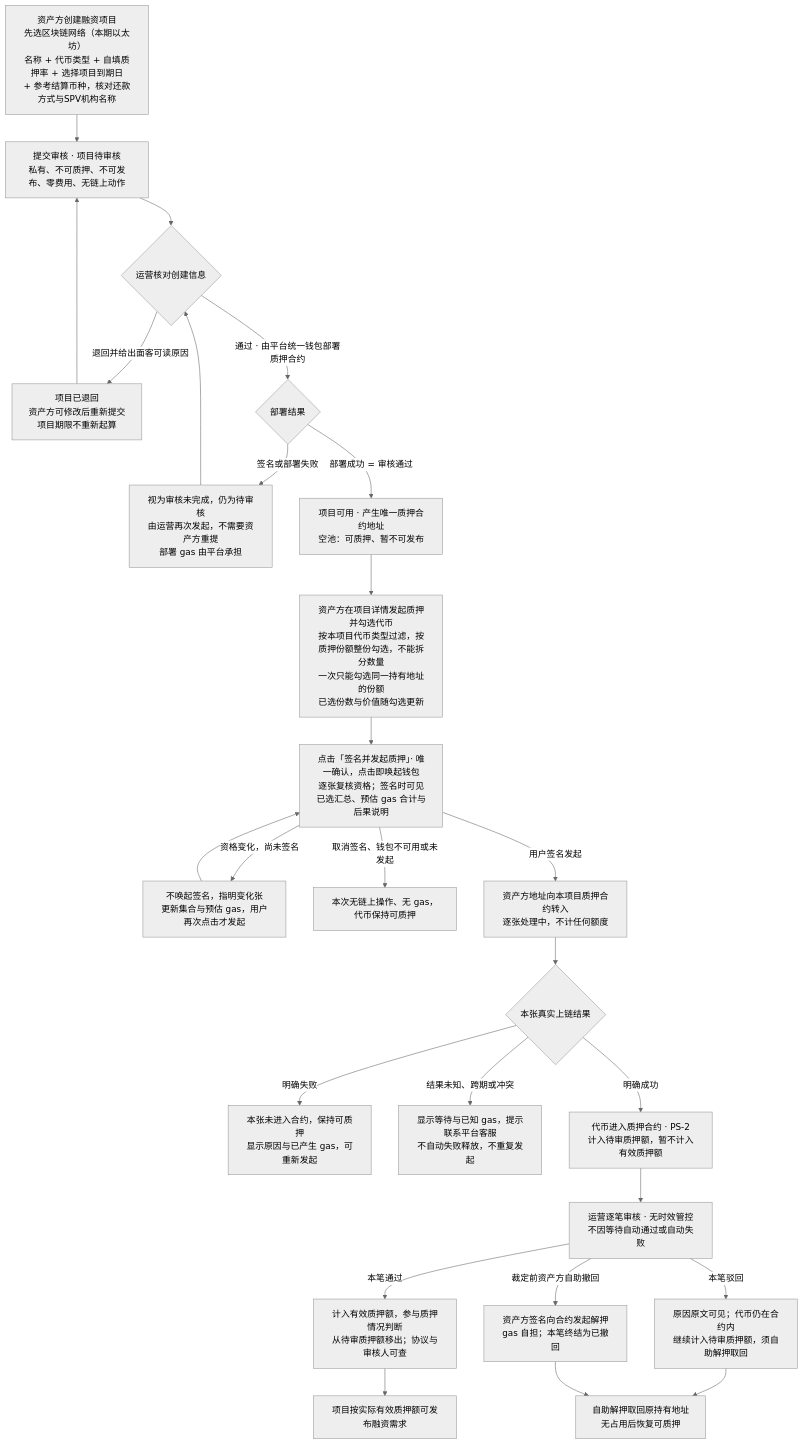
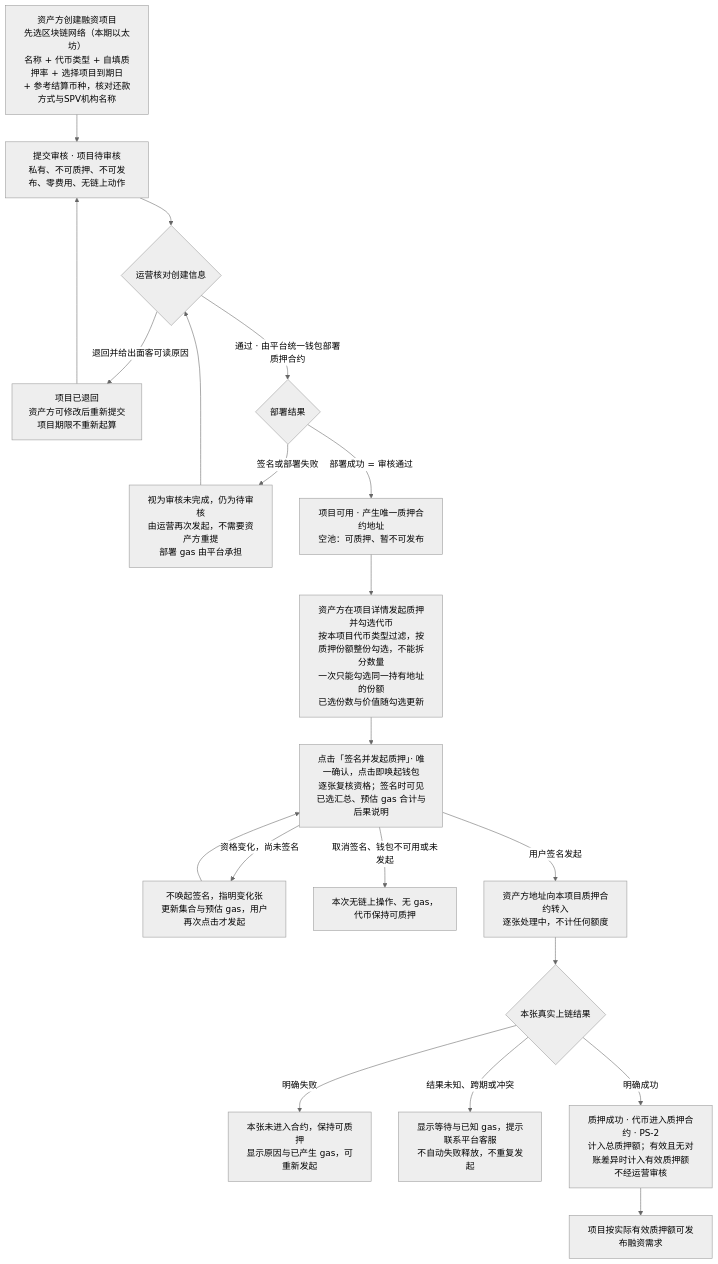
One commit to wxblockchain/Chain-Financing changed the first of 9 diagrams in lending-platform/PRD/面客端/05-借贷广场-融资需求与代币质押/02-融资需求与代币质押-流程图与状态机.md. Above: the diagram before and after it, drawn with Mermaid (neutral theme). The commit also changed other lines of this file and 28 other files, not shown here.

````diff
--- a/lending-platform/PRD/面客端/05-借贷广场-融资需求与代币质押/02-融资需求与代币质押-流程图与状态机.md
+++ b/lending-platform/PRD/面客端/05-借贷广场-融资需求与代币质押/02-融资需求与代币质押-流程图与状态机.md
@@ -25,28 +24,22 @@
 ```mermaid
 flowchart TD
   A0["资产方创建融资项目<br/>先选区块链网络（本期以太坊）<br/>名称 + 代币类型 + 自填质押率 + 选择项目到期日<br/>+ 参考结算币种，核对还款方式与SPV机构名称"] --> A1["提交审核 · 项目待审核<br/>私有、不可质押、不可发布、零费用、无链上动作"]
   A1 --> A2{"运营核对创建信息"}
   A2 -- "退回并给出面客可读原因" --> A3["项目已退回<br/>资产方可修改后重新提交<br/>项目期限不重新起算"]
   A3 --> A1
   A2 -- "通过 · 由平台统一钱包部署质押合约" --> A4{"部署结果"}
   A4 -- "签名或部署失败" --> A5["视为审核未完成，仍为待审核<br/>由运营再次发起，不需要资产方重提<br/>部署 gas 由平台承担"]
   A5 --> A2
   A4 -- "部署成功 = 审核通过" --> A6["项目可用 · 产生唯一质押合约地址<br/>空池：可质押、暂不可发布"]
   A6 --> A["资产方在项目详情发起质押并勾选代币<br/>按本项目代币类型过滤，按质押份额整份勾选，不能拆分数量<br/>一次只能勾选同一持有地址的份额<br/>已选份数与价值随勾选更新"]
   A --> H["点击「签名并发起质押」· 唯一确认，点击即唤起钱包<br/>逐张复核资格；签名时可见已选汇总、预估 gas 合计与后果说明"]
   H -- "资格变化，尚未签名" --> I["不唤起签名，指明变化张<br/>更新集合与预估 gas，用户再次点击才发起"]
   I --> H
   H -- "取消签名、钱包不可用或未发起" --> J["本次无链上操作、无 gas，代币保持可质押"]
   H -- "用户签名发起" --> K["资产方地址向本项目质押合约转入<br/>逐张处理中，不计任何额度"]
   K --> L{"本张真实上链结果"}
   L -- "明确失败" --> N["本张未进入合约，保持可质押<br/>显示原因与已产生 gas，可重新发起"]
   L -- "结果未知、跨期或冲突" --> O["显示等待与已知 gas，提示联系平台客服<br/>不自动失败释放，不重复发起"]
-  L -- "明确成功" --> M["代币进入质押合约 · PS-2<br/>计入待审质押额，暂不计入有效质押额"]
-  M --> C["运营逐笔审核 · 无时效管控<br/>不因等待自动通过或自动失败"]
-  C -- "本笔通过" --> P["计入有效质押额，参与质押情况判断<br/>从待审质押额移出；协议与审核人可查"]
-  C -- "本笔驳回" --> Q["原因原文可见；代币仍在合约内<br/>继续计入待审质押额，须自助解押取回"]
-  C -- "裁定前资产方自助撤回" --> R["资产方签名向合约发起解押<br/>gas 自担；本笔终结为已撤回"]
-  Q --> S["自助解押取回原持有地址<br/>无占用后恢复可质押"]
-  R --> S
-  P --> T["项目按实际有效质押额可发布融资需求"]
+  L -- "明确成功" --> M["质押成功 · 代币进入质押合约 · PS-2<br/>计入总质押额；有效且无对账差异时计入有效质押额<br/>不经运营审核"]
+  M --> T["项目按实际有效质押额可发布融资需求"]
 ```
````
